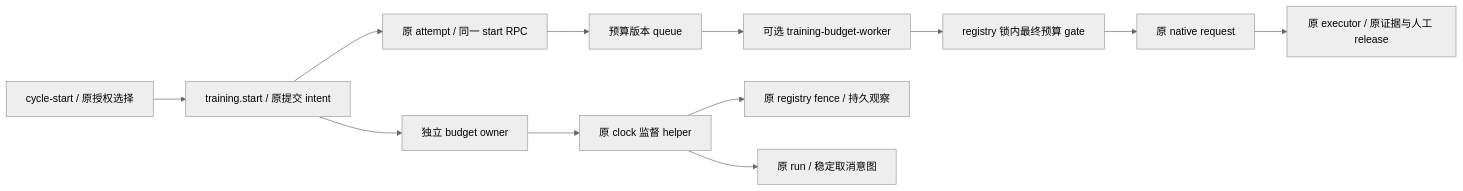
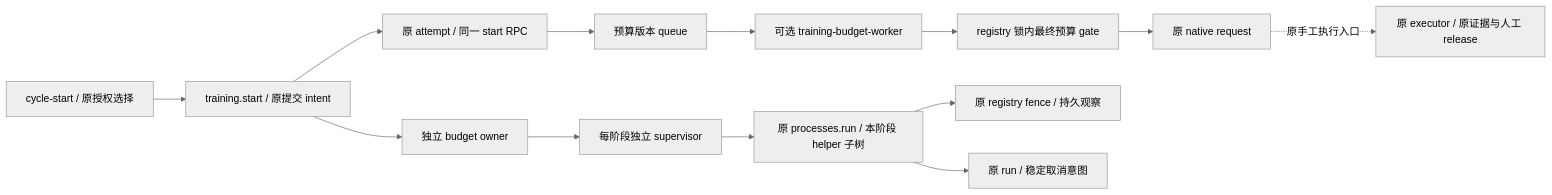
The ninth of 9 diagrams in docs/architecture/current.md (626619403/Ergora), drawn with Mermaid (neutral theme) before and after one commit. The commit also changed other lines of this file and 11 other files, not shown here.

````diff
--- a/docs/architecture/current.md
+++ b/docs/architecture/current.md
@@ -428,14 +428,15 @@
 ```mermaid
 flowchart LR
   Cycle[cycle-start / 原授权选择] --> Start[training.start / 原提交 intent]
   Start --> Owner[独立 budget owner]
   Start --> Attempt[原 attempt / 同一 start RPC]
   Attempt --> Queue[预算版本 queue]
   Queue --> Worker[可选 training-budget-worker]
   Worker --> Gate[registry 锁内最终预算 gate]
   Gate --> Request[原 native request]
-  Owner --> Helpers[原 clock 监督 helper]
+  Owner --> Phase[每阶段独立 supervisor]
+  Phase --> Helpers[原 processes.run / 本阶段 helper 子树]
   Helpers --> Fence[原 registry fence / 持久观察]
   Helpers --> Cancel[原 run / 稳定取消意图]
-  Request --> Existing[原 executor / 原证据与人工 release]
+  Request -. 原手工执行入口 .-> Existing[原 executor / 原证据与人工 release]
 ```
````
